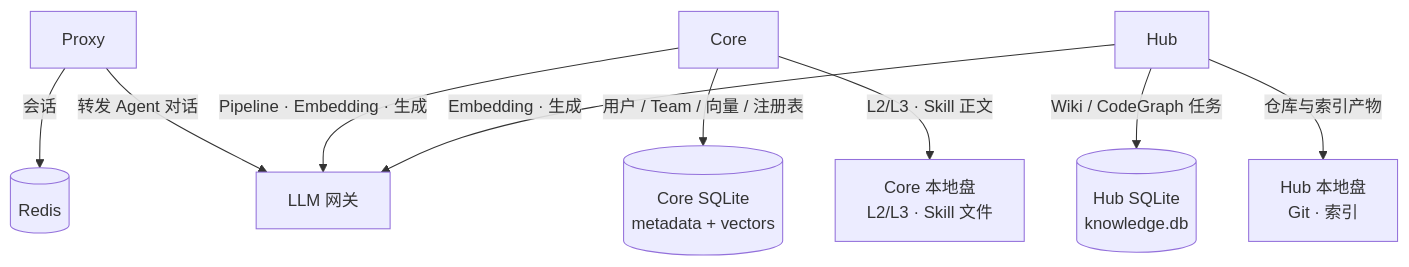
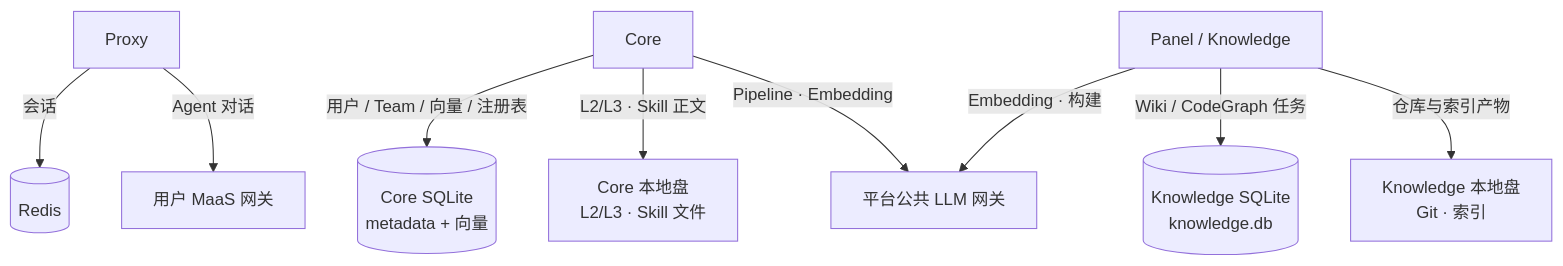
Before and after one commit to li6540123/TencentDB-Agent-Memory: the third of 7 diagrams in deploy/selfhosted-ha/PROPOSAL.md, drawn with Mermaid. The commit also changed other lines of this file, not shown here.

````diff
--- a/deploy/selfhosted-ha/PROPOSAL.md
+++ b/deploy/selfhosted-ha/PROPOSAL.md
@@ -124,22 +69,23 @@
 ```mermaid
 flowchart TB
   P[Proxy]
   C[Core]
-  H[Hub]
+  H[Panel / Knowledge]
 
   R[(Redis)]
-  L[LLM 网关]
-  CS[(Core SQLite<br/>metadata + vectors)]
+  UGW[用户 MaaS 网关]
+  PGW[平台公共 LLM 网关]
+  CS[(Core SQLite<br/>metadata + 向量)]
   CD[Core 本地盘<br/>L2/L3 · Skill 文件]
-  HS[(Hub SQLite<br/>knowledge.db)]
-  HD[Hub 本地盘<br/>Git · 索引]
+  HS[(Knowledge SQLite<br/>knowledge.db)]
+  HD[Knowledge 本地盘<br/>Git · 索引]
 
   P -->|会话| R
-  P -->|转发 Agent 对话| L
+  P -->|Agent 对话| UGW
   C -->|用户 / Team / 向量 / 注册表| CS
   C -->|L2/L3 · Skill 正文| CD
-  C -->|Pipeline · Embedding · 生成| L
+  C -->|Pipeline · Embedding| PGW
   H -->|Wiki / CodeGraph 任务| HS
   H -->|仓库与索引产物| HD
-  H -->|Embedding · 生成| L
+  H -->|Embedding · 构建| PGW
 ```
````
